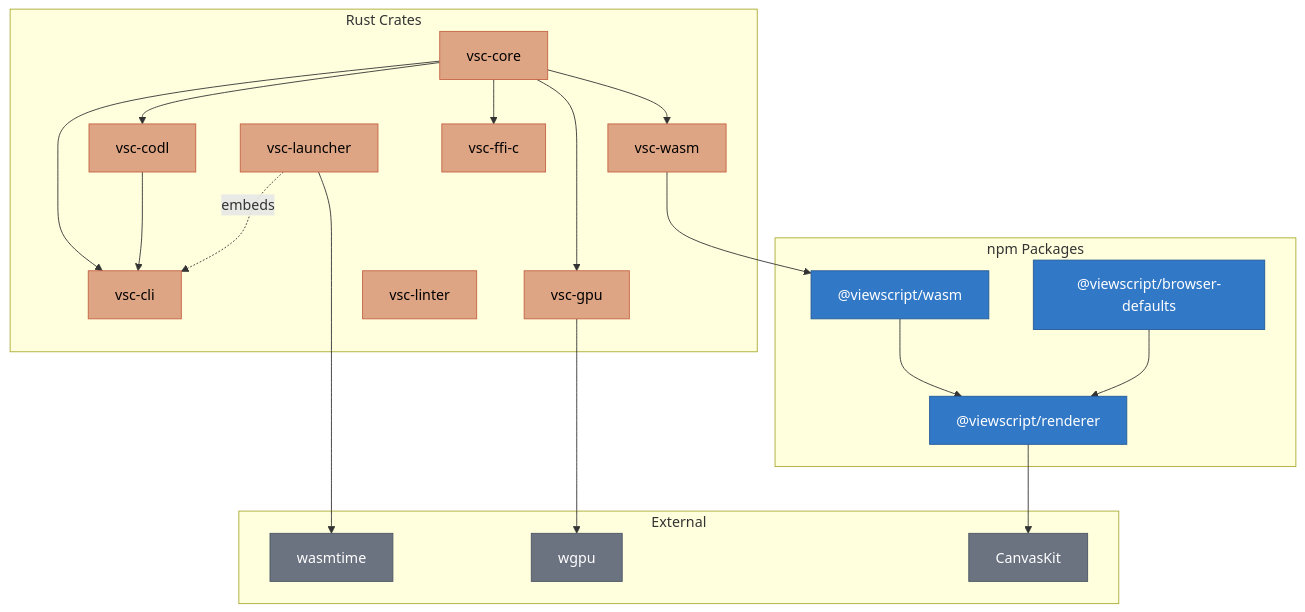
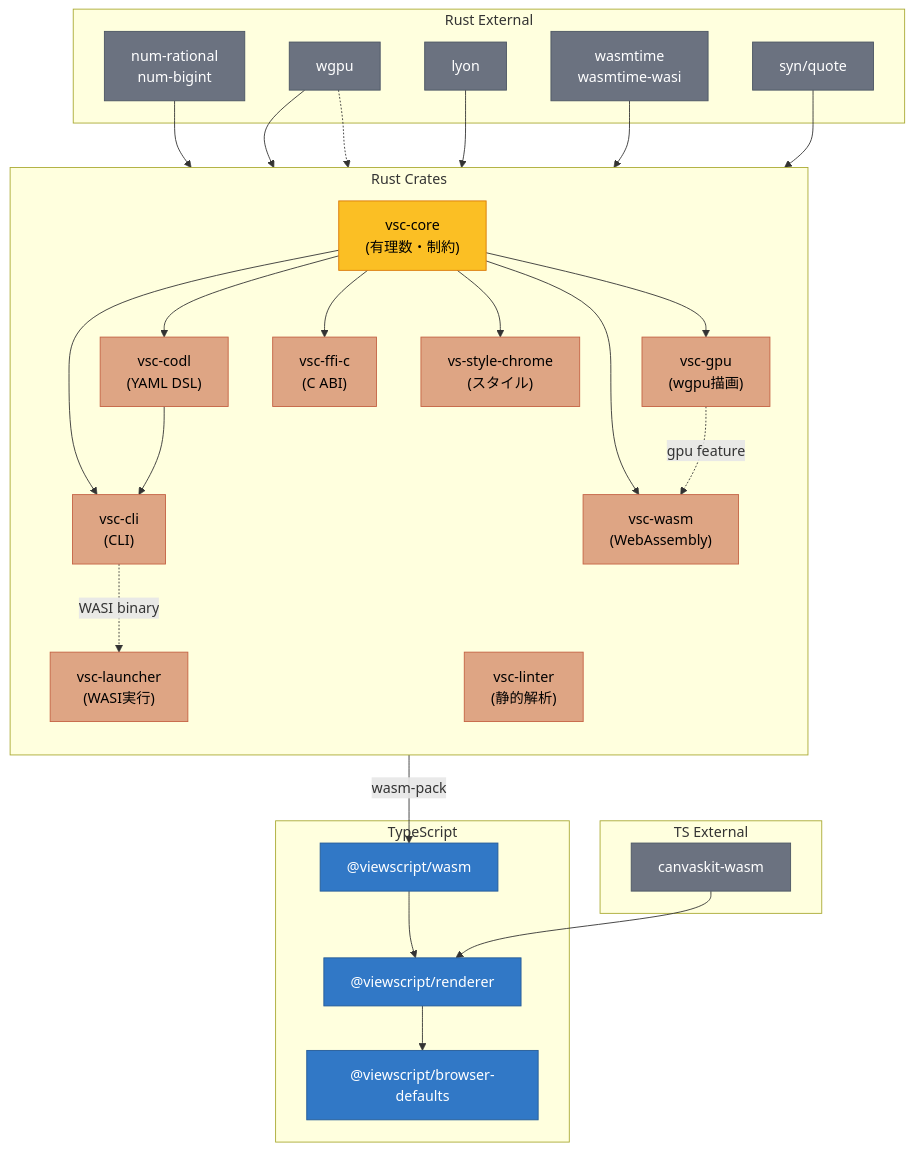
Diagram 15 of 15 in vs.md (viewscript/viewscript), drawn with Mermaid before and after one commit. The commit also changed other lines of this file, not shown here.

First line of the commit message:
docs(vs.md): expand dependency diagrams with labeled arrows

````diff
--- a/vs.md
+++ b/vs.md
@@ -520,47 +772,70 @@
 ```mermaid
 flowchart TB
-    subgraph Rust["Rust Crates"]
-        CORE["vsc-core"]
-        CODL["vsc-codl"]
-        CLI["vsc-cli"]
-        LAUNCHER["vsc-launcher"]
-        WASM["vsc-wasm"]
-        GPU["vsc-gpu"]
-        FFI["vsc-ffi-c"]
-        LINTER["vsc-linter"]
+    subgraph rust["Rust Crates"]
+        direction TB
+        CORE["vsc-core<br/>(有理数・制約)"]
+        CODL["vsc-codl<br/>(YAML DSL)"]
+        CLI["vsc-cli<br/>(CLI)"]
+        LAUNCHER["vsc-launcher<br/>(WASI実行)"]
+        WASM["vsc-wasm<br/>(WebAssembly)"]
+        GPU["vsc-gpu<br/>(wgpu描画)"]
+        FFI["vsc-ffi-c<br/>(C ABI)"]
+        LINTER["vsc-linter<br/>(静的解析)"]
+        STYLE["vs-style-chrome<br/>(スタイル)"]
     end
 
-    subgraph TypeScript["npm Packages"]
+    subgraph ts["TypeScript"]
         RENDERER["@viewscript/renderer"]
         WASM_PKG["@viewscript/wasm"]
         DEFAULTS["@viewscript/browser-defaults"]
     end
 
-    subgraph External["External"]
-        WASMTIME["wasmtime"]
+    subgraph ext_rust["Rust External"]
+        NUM["num-rational<br/>num-bigint"]
         WGPU["wgpu"]
-        CANVASKIT["CanvasKit"]
+        LYON["lyon"]
+        WASMTIME["wasmtime<br/>wasmtime-wasi"]
+        SYN["syn/quote"]
     end
 
+    subgraph ext_ts["TS External"]
+        CANVASKIT["canvaskit-wasm"]
+    end
+
+    %% Internal deps
     CORE --> CODL
     CORE --> CLI
     CORE --> WASM
     CORE --> GPU
     CORE --> FFI
+    CORE --> STYLE
     CODL --> CLI
-    WASM --> WASM_PKG
-    LAUNCHER --> WASMTIME
-    LAUNCHER -.->|"embeds"| CLI
-    GPU --> WGPU
+    GPU -.->|"gpu feature"| WASM
+
+    %% External Rust deps
+    NUM --> CORE
+    WGPU --> GPU
+    WGPU -.-> WASM
+    LYON --> GPU
+    WASMTIME --> LAUNCHER
+    SYN --> LINTER
+
+    %% TS deps
+    WASM -->|"wasm-pack"| WASM_PKG
     WASM_PKG --> RENDERER
-    RENDERER --> CANVASKIT
-    DEFAULTS --> RENDERER
+    CANVASKIT --> RENDERER
+    RENDERER --> DEFAULTS
 
+    %% Launcher embeds CLI
+    CLI -.->|"WASI binary"| LAUNCHER
+
+    classDef core fill:#fbbf24,stroke:#d97706,color:#000
     classDef rust fill:#dea584,stroke:#c46243,color:#000
     classDef ts fill:#3178c6,stroke:#235a97,color:#fff
     classDef ext fill:#6b7280,stroke:#4b5563,color:#fff
 
-    class CORE,CODL,CLI,LAUNCHER,WASM,GPU,FFI,LINTER rust
+    class CORE core
+    class CODL,CLI,LAUNCHER,WASM,GPU,FFI,LINTER,STYLE rust
     class RENDERER,WASM_PKG,DEFAULTS ts
-    class WASMTIME,WGPU,CANVASKIT ext
+    class NUM,WGPU,LYON,WASMTIME,SYN,CANVASKIT ext
 ```
````
